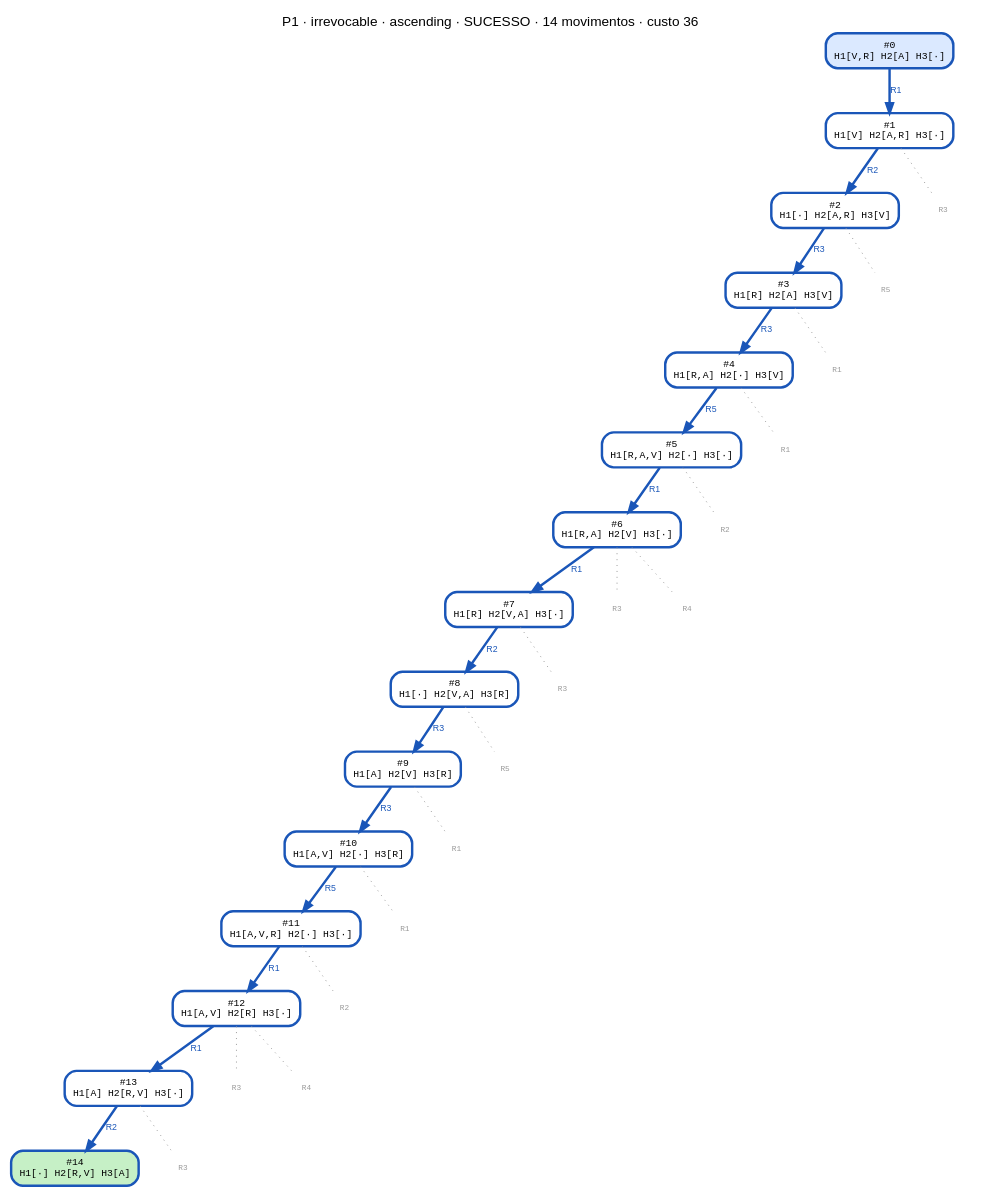
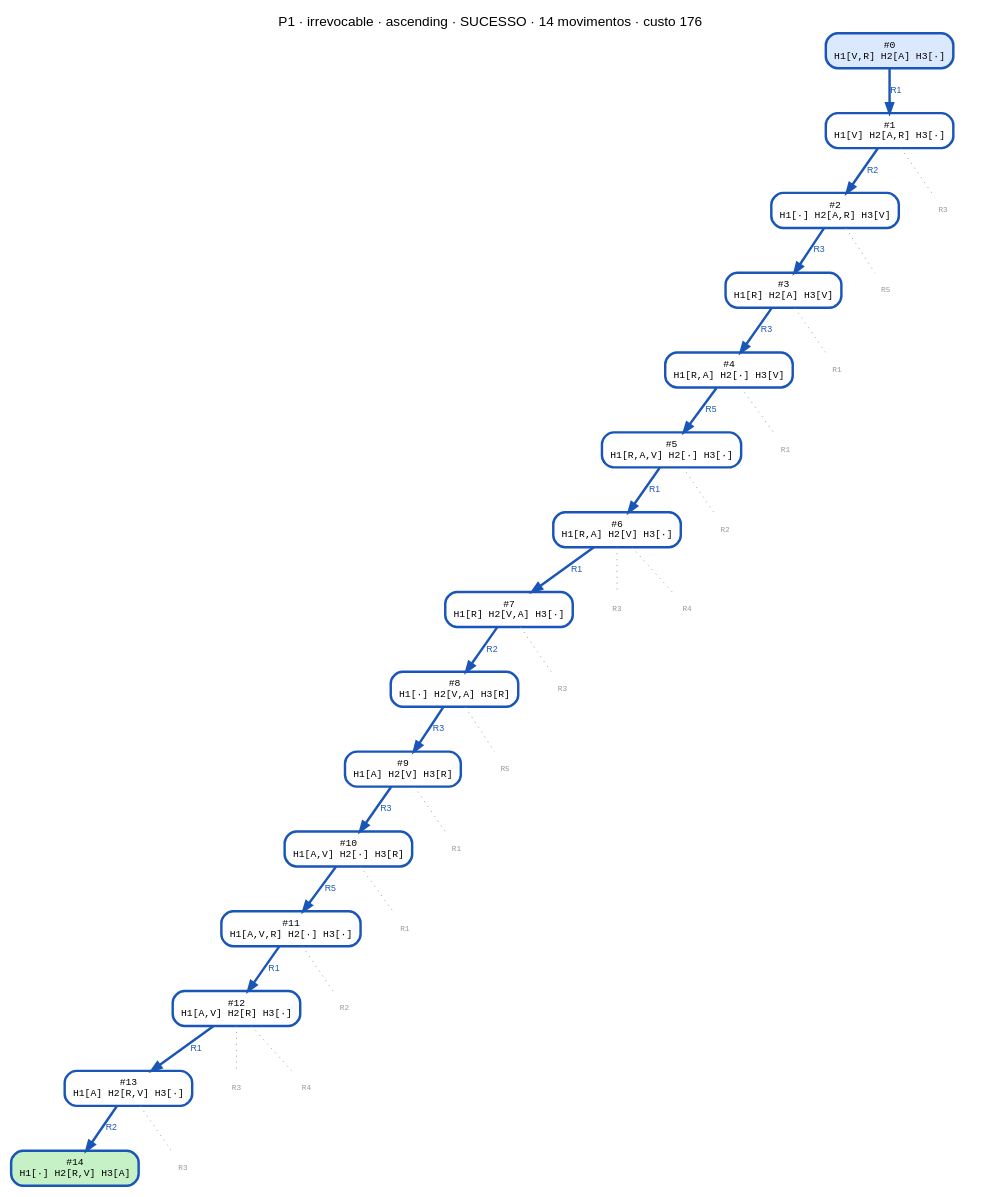
One commit to CharlesLB/dcc-014-trabalho-1 changed the diagram in data/P1/irrevocable_ascending.dot. Above: the diagram before and after it, drawn with Graphviz. The commit also changed 17 other files, not shown here.

Commit message:
Regenerate the search-tree graphs with the ten-per-move cost

```diff
--- a/data/P1/irrevocable_ascending.dot
+++ b/data/P1/irrevocable_ascending.dot
@@ -1,64 +1,64 @@
 digraph search {
-  label="P1 · irrevocable · ascending · SUCESSO · 14 movimentos · custo 36"; labelloc=t; fontname="Helvetica";
+  label="P1 · irrevocable · ascending · SUCESSO · 14 movimentos · custo 176"; labelloc=t; fontname="Helvetica";
   node [shape=box, style="rounded,filled", fontname="monospace", fontsize=10];
   edge [fontname="Helvetica", fontsize=9];
   n0 [label="#0\nH1[V,R] H2[A] H3[·]", fillcolor="#dbe9ff", color="#1a56b8", penwidth=2.5];
   n1 [label="#1\nH1[V] H2[A,R] H3[·]", fillcolor="#ffffff", color="#1a56b8", penwidth=2.5];
   n0 -> n1 [label="R1", color="#1a56b8", fontcolor="#1a56b8", penwidth=2.5];
   n2 [label="#2\nH1[·] H2[A,R] H3[V]", fillcolor="#ffffff", color="#1a56b8", penwidth=2.5];
   n1 -> n2 [label="R2", color="#1a56b8", fontcolor="#1a56b8", penwidth=2.5];
   n3 [label="#3\nH1[R] H2[A] H3[V]", fillcolor="#ffffff", color="#1a56b8", penwidth=2.5];
   n2 -> n3 [label="R3", color="#1a56b8", fontcolor="#1a56b8", penwidth=2.5];
   n4 [label="#4\nH1[R,A] H2[·] H3[V]", fillcolor="#ffffff", color="#1a56b8", penwidth=2.5];
   n3 -> n4 [label="R3", color="#1a56b8", fontcolor="#1a56b8", penwidth=2.5];
   n5 [label="#5\nH1[R,A,V] H2[·] H3[·]", fillcolor="#ffffff", color="#1a56b8", penwidth=2.5];
   n4 -> n5 [label="R5", color="#1a56b8", fontcolor="#1a56b8", penwidth=2.5];
   n6 [label="#6\nH1[R,A] H2[V] H3[·]", fillcolor="#ffffff", color="#1a56b8", penwidth=2.5];
   n5 -> n6 [label="R1", color="#1a56b8", fontcolor="#1a56b8", penwidth=2.5];
   n7 [label="#7\nH1[R] H2[V,A] H3[·]", fillcolor="#ffffff", color="#1a56b8", penwidth=2.5];
   n6 -> n7 [label="R1", color="#1a56b8", fontcolor="#1a56b8", penwidth=2.5];
   n8 [label="#8\nH1[·] H2[V,A] H3[R]", fillcolor="#ffffff", color="#1a56b8", penwidth=2.5];
   n7 -> n8 [label="R2", color="#1a56b8", fontcolor="#1a56b8", penwidth=2.5];
   n9 [label="#9\nH1[A] H2[V] H3[R]", fillcolor="#ffffff", color="#1a56b8", penwidth=2.5];
   n8 -> n9 [label="R3", color="#1a56b8", fontcolor="#1a56b8", penwidth=2.5];
   n10 [label="#10\nH1[A,V] H2[·] H3[R]", fillcolor="#ffffff", color="#1a56b8", penwidth=2.5];
   n9 -> n10 [label="R3", color="#1a56b8", fontcolor="#1a56b8", penwidth=2.5];
   n11 [label="#11\nH1[A,V,R] H2[·] H3[·]", fillcolor="#ffffff", color="#1a56b8", penwidth=2.5];
   n10 -> n11 [label="R5", color="#1a56b8", fontcolor="#1a56b8", penwidth=2.5];
   n12 [label="#12\nH1[A,V] H2[R] H3[·]", fillcolor="#ffffff", color="#1a56b8", penwidth=2.5];
   n11 -> n12 [label="R1", color="#1a56b8", fontcolor="#1a56b8", penwidth=2.5];
   n13 [label="#13\nH1[A] H2[R,V] H3[·]", fillcolor="#ffffff", color="#1a56b8", penwidth=2.5];
   n12 -> n13 [label="R1", color="#1a56b8", fontcolor="#1a56b8", penwidth=2.5];
   n14 [label="#14\nH1[·] H2[R,V] H3[A]", fillcolor="#c6f0c6", color="#1a56b8", penwidth=2.5];
   n13 -> n14 [label="R2", color="#1a56b8", fontcolor="#1a56b8", penwidth=2.5];
   p1_R3 [label="R3", shape=plaintext, style=solid, fontcolor="#999999", fontsize=8];
   n1 -> p1_R3 [style=dotted, color="#999999", arrowhead=none];
   p2_R5 [label="R5", shape=plaintext, style=solid, fontcolor="#999999", fontsize=8];
   n2 -> p2_R5 [style=dotted, color="#999999", arrowhead=none];
   p3_R1 [label="R1", shape=plaintext, style=solid, fontcolor="#999999", fontsize=8];
   n3 -> p3_R1 [style=dotted, color="#999999", arrowhead=none];
   p4_R1 [label="R1", shape=plaintext, style=solid, fontcolor="#999999", fontsize=8];
   n4 -> p4_R1 [style=dotted, color="#999999", arrowhead=none];
   p5_R2 [label="R2", shape=plaintext, style=solid, fontcolor="#999999", fontsize=8];
   n5 -> p5_R2 [style=dotted, color="#999999", arrowhead=none];
   p6_R3 [label="R3", shape=plaintext, style=solid, fontcolor="#999999", fontsize=8];
   n6 -> p6_R3 [style=dotted, color="#999999", arrowhead=none];
   p6_R4 [label="R4", shape=plaintext, style=solid, fontcolor="#999999", fontsize=8];
   n6 -> p6_R4 [style=dotted, color="#999999", arrowhead=none];
   p7_R3 [label="R3", shape=plaintext, style=solid, fontcolor="#999999", fontsize=8];
   n7 -> p7_R3 [style=dotted, color="#999999", arrowhead=none];
   p8_R5 [label="R5", shape=plaintext, style=solid, fontcolor="#999999", fontsize=8];
   n8 -> p8_R5 [style=dotted, color="#999999", arrowhead=none];
   p9_R1 [label="R1", shape=plaintext, style=solid, fontcolor="#999999", fontsize=8];
   n9 -> p9_R1 [style=dotted, color="#999999", arrowhead=none];
   p10_R1 [label="R1", shape=plaintext, style=solid, fontcolor="#999999", fontsize=8];
   n10 -> p10_R1 [style=dotted, color="#999999", arrowhead=none];
   p11_R2 [label="R2", shape=plaintext, style=solid, fontcolor="#999999", fontsize=8];
   n11 -> p11_R2 [style=dotted, color="#999999", arrowhead=none];
   p12_R3 [label="R3", shape=plaintext, style=solid, fontcolor="#999999", fontsize=8];
   n12 -> p12_R3 [style=dotted, color="#999999", arrowhead=none];
   p12_R4 [label="R4", shape=plaintext, style=solid, fontcolor="#999999", fontsize=8];
   n12 -> p12_R4 [style=dotted, color="#999999", arrowhead=none];
   p13_R3 [label="R3", shape=plaintext, style=solid, fontcolor="#999999", fontsize=8];
   n13 -> p13_R3 [style=dotted, color="#999999", arrowhead=none];
 }
```
